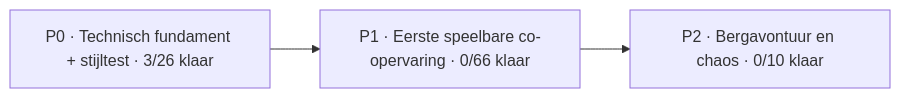
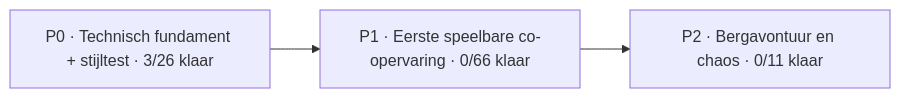
Before and after one commit to mlemson/conductor-chaos: the diagram in Docs/PROJECT_BOARD.md, drawn with Mermaid. The commit also changed other lines of this file, not shown here.

````diff
--- a/Docs/PROJECT_BOARD.md
+++ b/Docs/PROJECT_BOARD.md
@@ -13,7 +13,7 @@
 ```mermaid
 flowchart LR
     P0["P0 · Technisch fundament + stijltest · 3/26 klaar"]
     P1["P1 · Eerste speelbare co-opervaring · 0/66 klaar"]
-    P2["P2 · Bergavontuur en chaos · 0/10 klaar"]
+    P2["P2 · Bergavontuur en chaos · 0/11 klaar"]
     P0 --> P1 --> P2
 ```
````
